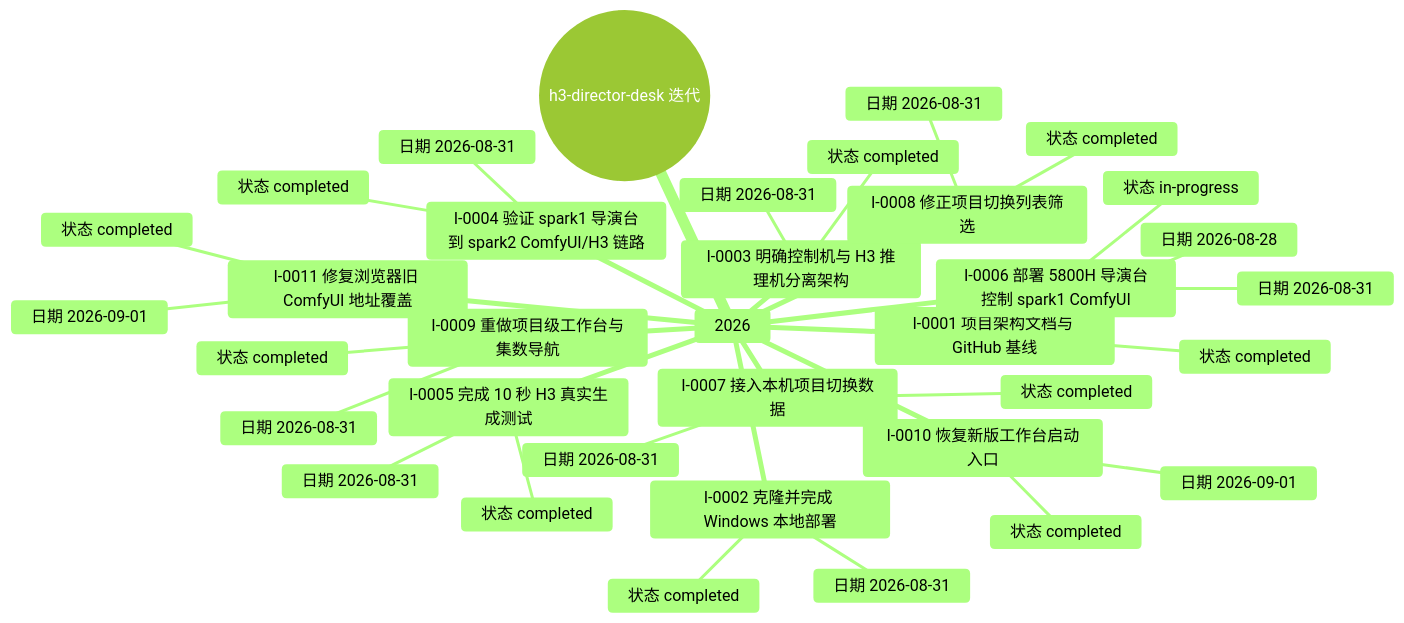
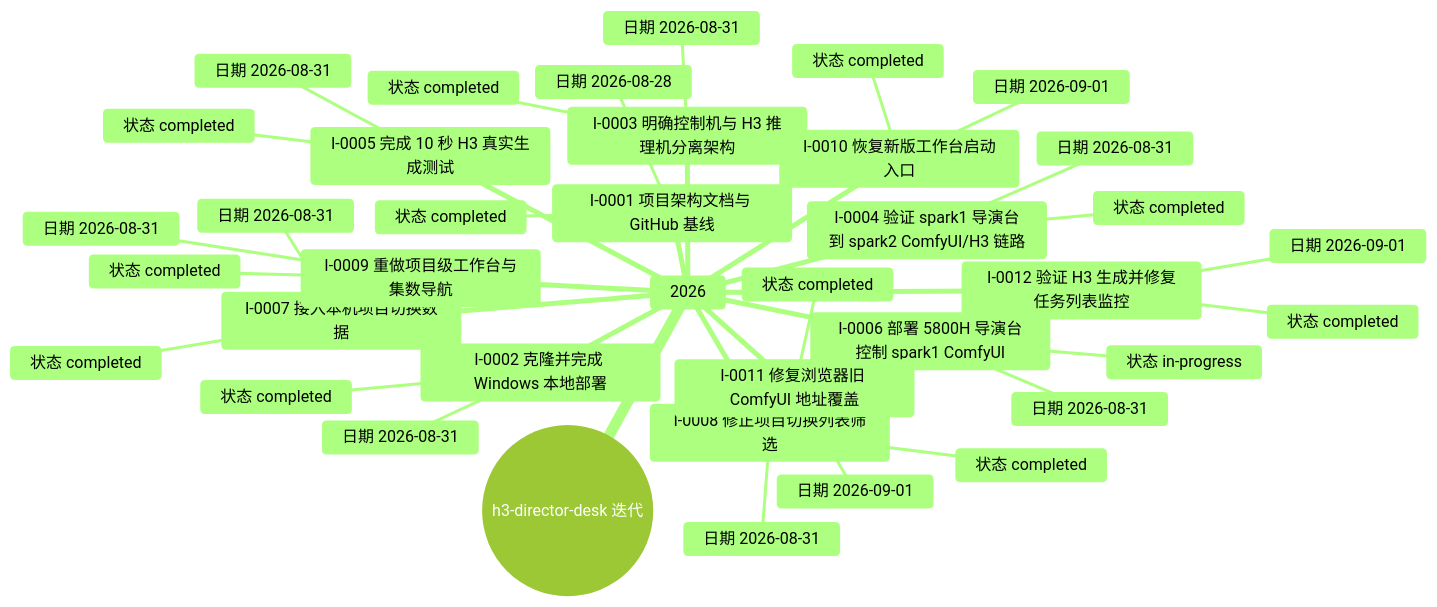
Before and after one commit to Exalex/h3-director-desk: the diagram in docs/project-evolution/mindmaps/iterations.md, drawn with Mermaid (forest theme). The commit also changed other lines of this file and 6 other files, not shown here.

````diff
--- a/docs/project-evolution/mindmaps/iterations.md
+++ b/docs/project-evolution/mindmaps/iterations.md
@@ -5,38 +5,41 @@
 ```mermaid
 mindmap
   root((h3-director-desk 迭代))
     2026
       I-0001 项目架构文档与 GitHub 基线
         状态 completed
         日期 2026-08-28
       I-0002 克隆并完成 Windows 本地部署
         状态 completed
         日期 2026-08-31
       I-0003 明确控制机与 H3 推理机分离架构
         状态 completed
         日期 2026-08-31
       I-0004 验证 spark1 导演台到 spark2 ComfyUI/H3 链路
         状态 completed
         日期 2026-08-31
       I-0005 完成 10 秒 H3 真实生成测试
         状态 completed
         日期 2026-08-31
       I-0006 部署 5800H 导演台控制 spark1 ComfyUI
         状态 in-progress
         日期 2026-08-31
       I-0007 接入本机项目切换数据
         状态 completed
         日期 2026-08-31
       I-0008 修正项目切换列表筛选
         状态 completed
         日期 2026-08-31
       I-0009 重做项目级工作台与集数导航
         状态 completed
         日期 2026-08-31
       I-0010 恢复新版工作台启动入口
         状态 completed
         日期 2026-09-01
       I-0011 修复浏览器旧 ComfyUI 地址覆盖
         状态 completed
         日期 2026-09-01
+      I-0012 验证 H3 生成并修复任务列表监控
+        状态 completed
+        日期 2026-09-01
 ```
````
